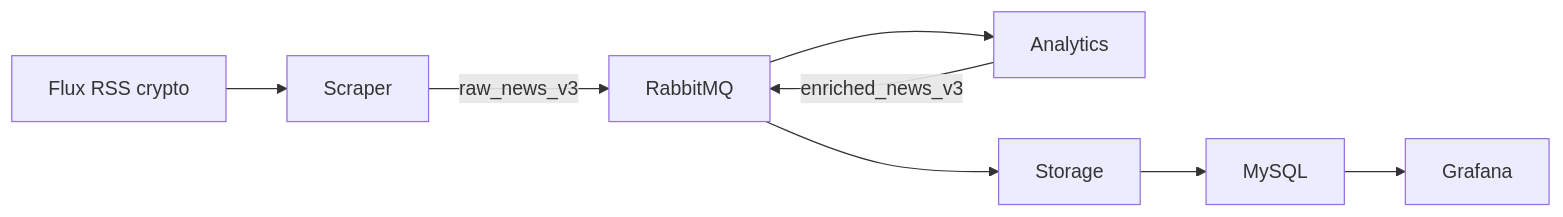
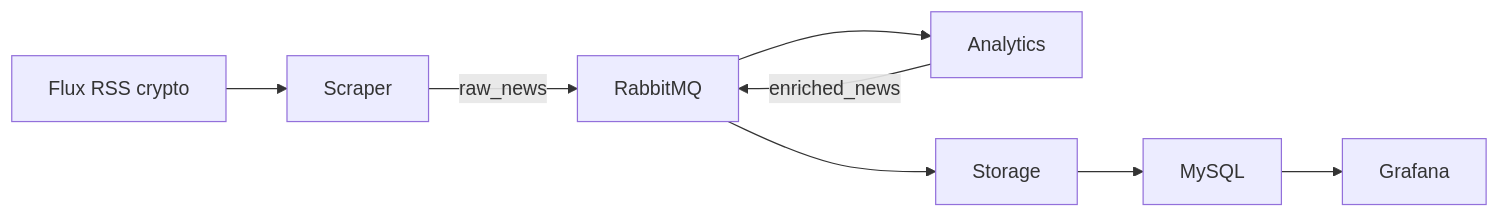
The diagram in README.md (Immooo/CriptoVizz), drawn with Mermaid before and after one commit. The commit also changed other lines of this file and 12 other files, not shown here.

````diff
--- a/README.md
+++ b/README.md
@@ -58,10 +62,10 @@
 ```mermaid
 flowchart LR
   RSS[Flux RSS crypto] --> Scraper
-  Scraper -->|raw_news_v3| RabbitMQ
+  Scraper -->|raw_news| RabbitMQ
   RabbitMQ --> Analytics
-  Analytics -->|enriched_news_v3| RabbitMQ
+  Analytics -->|enriched_news| RabbitMQ
   RabbitMQ --> Storage
   Storage --> MySQL
   MySQL --> Grafana
 ```
````
